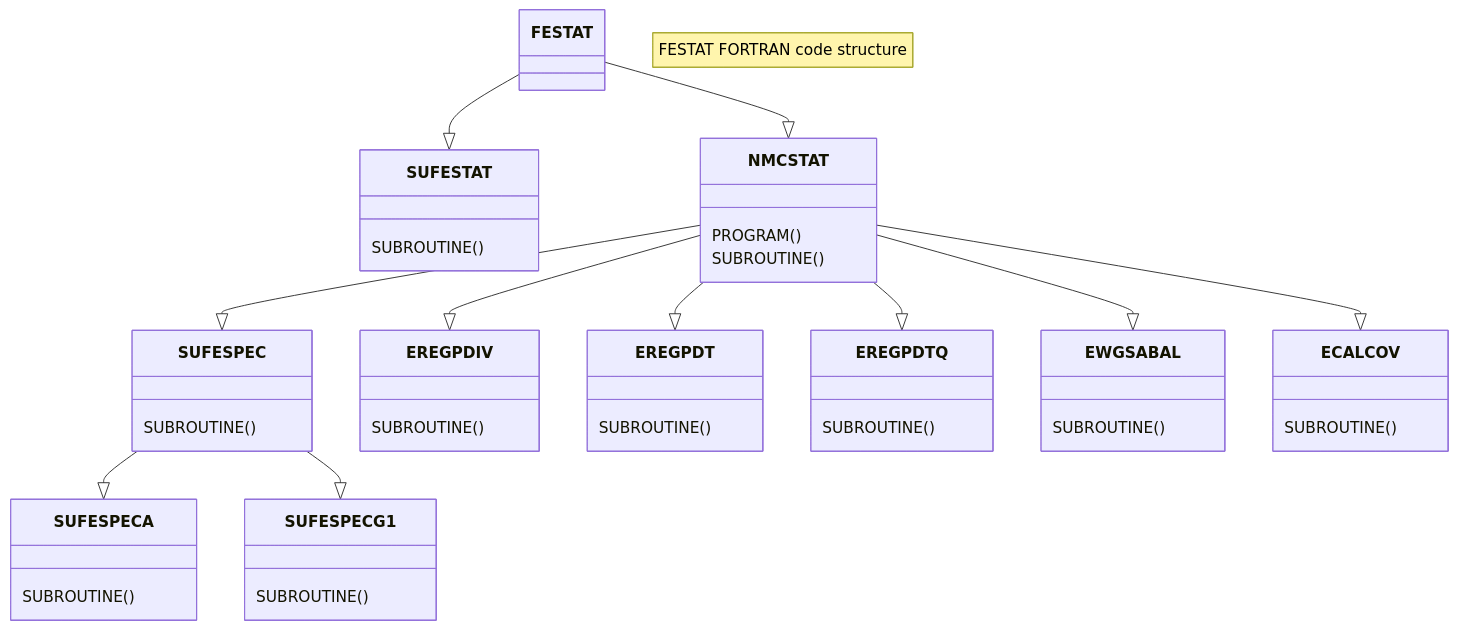
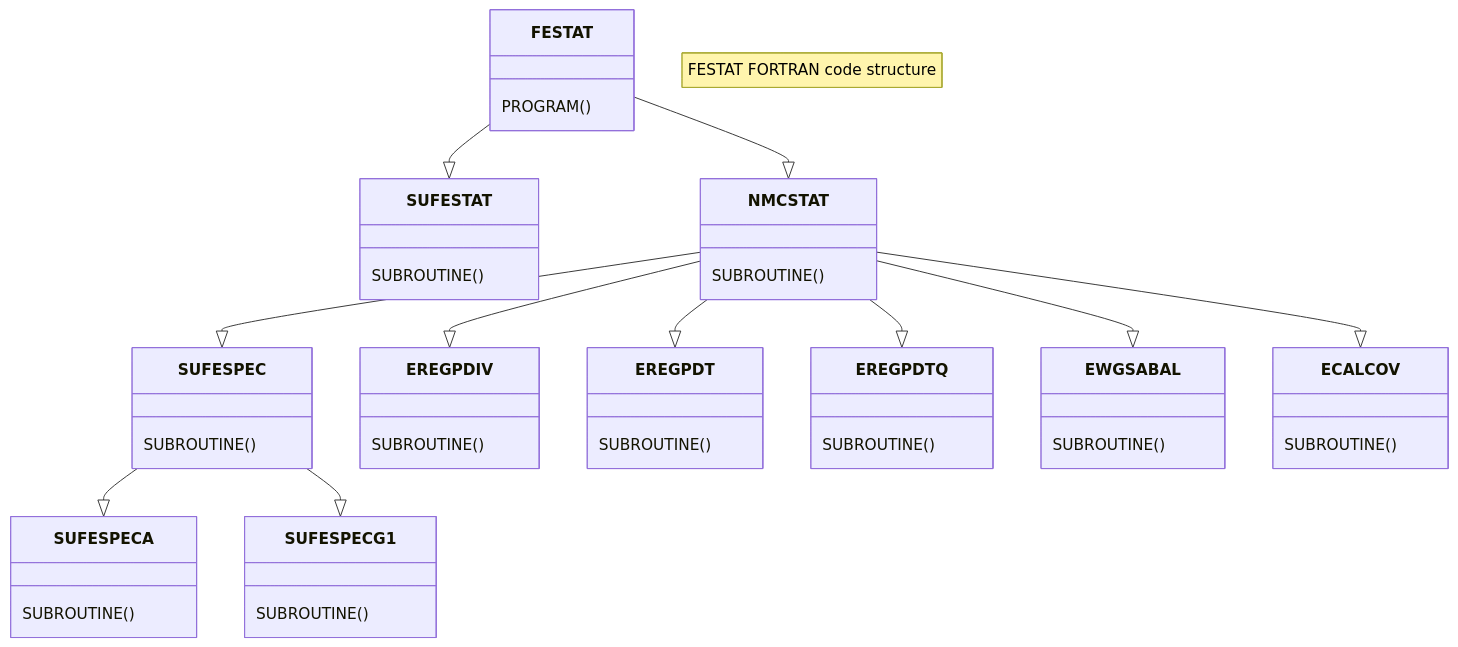
The diagram in doc/tools/festat.md (ACCORD-NWP/AccordDaTools), drawn with Mermaid before and after one commit.

Commit message:
Correct code classification

````diff
--- a/doc/tools/festat.md
+++ b/doc/tools/festat.md
@@ -18,28 +18,28 @@
 ```mermaid
 classDiagram
 
 note "FESTAT FORTRAN code structure"
 
 FESTAT --|> SUFESTAT
 FESTAT --|> NMCSTAT
 NMCSTAT --|> SUFESPEC
 NMCSTAT --|> EREGPDIV
 NMCSTAT --|> EREGPDT
 NMCSTAT --|> EREGPDTQ
 NMCSTAT --|> EWGSABAL
 NMCSTAT --|> ECALCOV
 SUFESPEC --|> SUFESPECA
 SUFESPEC --|> SUFESPECG1
 
-NMCSTAT: PROGRAM()
+FESTAT: PROGRAM()
 SUFESTAT: SUBROUTINE()
 NMCSTAT: SUBROUTINE()
 SUFESPEC: SUBROUTINE()
 EREGPDIV: SUBROUTINE()
 EREGPDT: SUBROUTINE()
 EREGPDTQ: SUBROUTINE()
 EWGSABAL: SUBROUTINE()
 ECALCOV: SUBROUTINE()
 SUFESPECA: SUBROUTINE()
 SUFESPECG1: SUBROUTINE()
 ```
````
